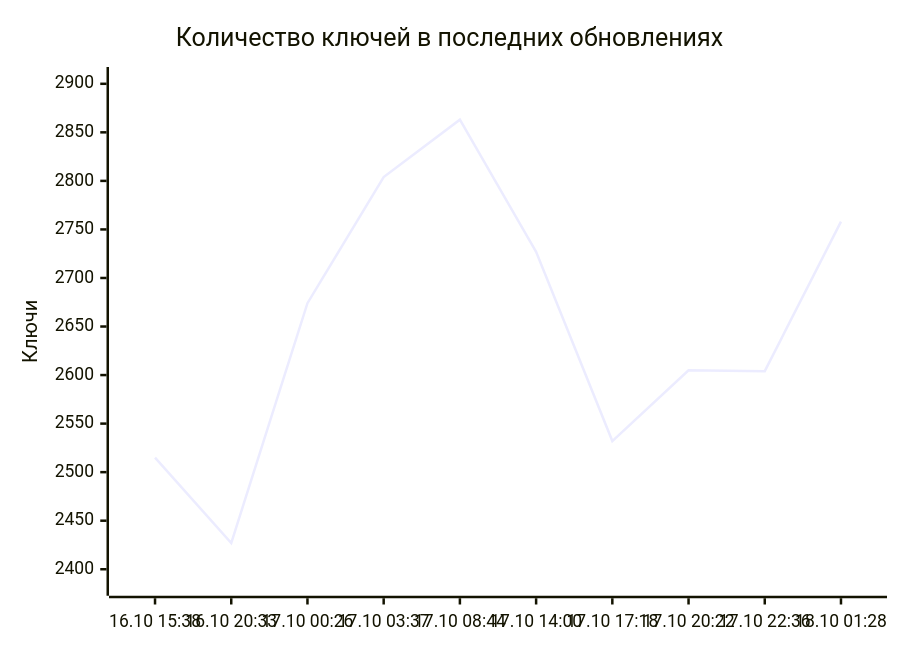
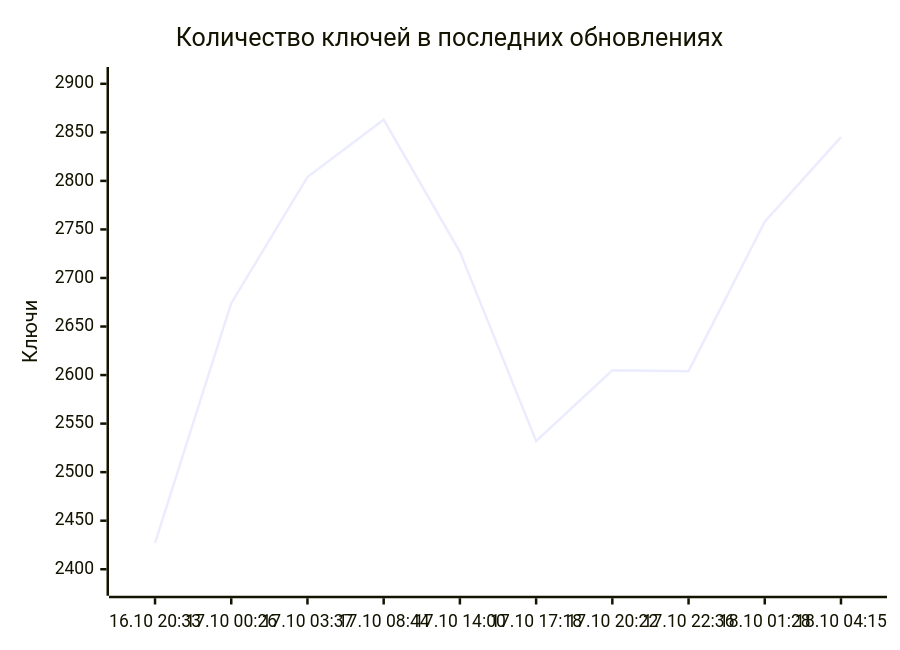
The diagram in README.md (markKikhtenko/WireVeil), drawn with Mermaid before and after one commit. The commit also changed other lines of this file and 12 other files, not shown here.

````diff
--- a/README.md
+++ b/README.md
@@ -55,7 +55,7 @@
 ```mermaid
 xychart-beta
     title "Количество ключей в последних обновлениях"
-    x-axis ["16.10 15:38", "16.10 20:33", "17.10 00:26", "17.10 03:37", "17.10 08:44", "17.10 14:00", "17.10 17:18", "17.10 20:22", "17.10 22:36", "18.10 01:28"]
+    x-axis ["16.10 20:33", "17.10 00:26", "17.10 03:37", "17.10 08:44", "17.10 14:00", "17.10 17:18", "17.10 20:22", "17.10 22:36", "18.10 01:28", "18.10 04:15"]
     y-axis "Ключи" 2383 --> 2907
-    line [2515, 2427, 2674, 2804, 2863, 2727, 2532, 2605, 2604, 2758]
+    line [2427, 2674, 2804, 2863, 2727, 2532, 2605, 2604, 2758, 2845]
 ```
````
